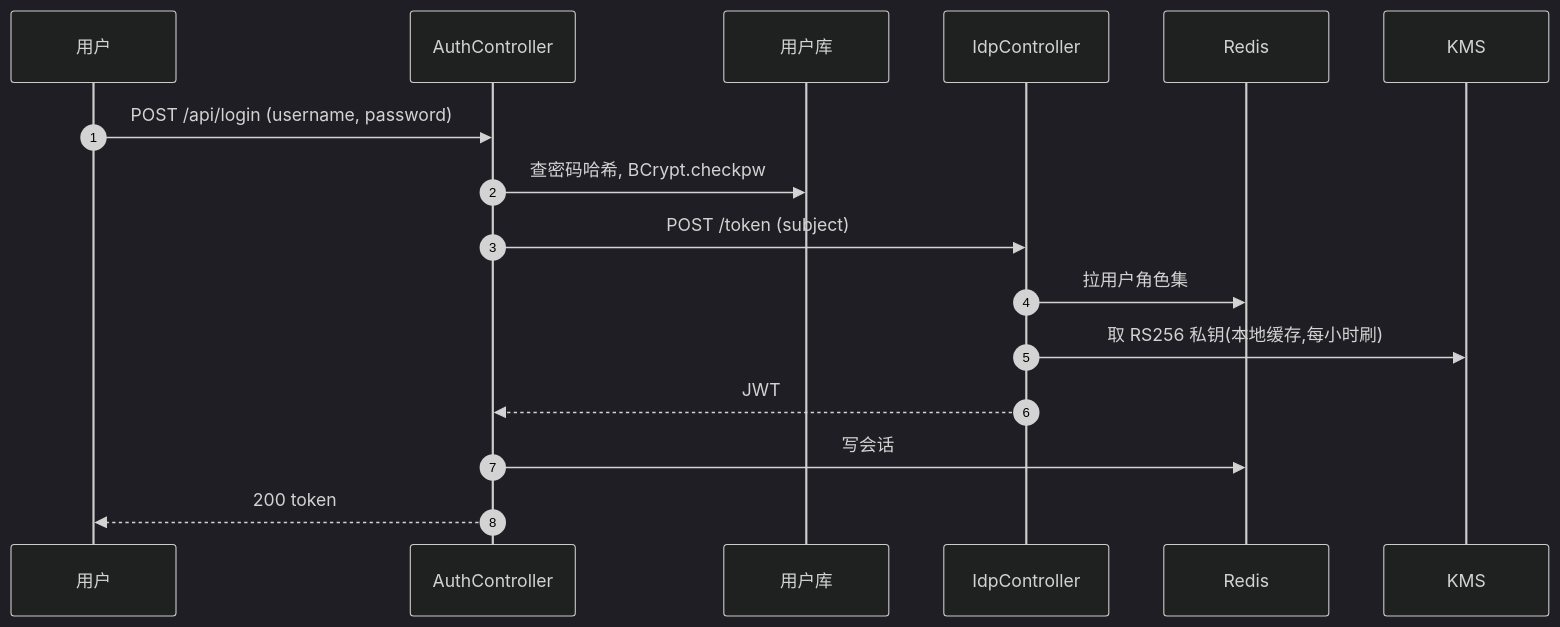
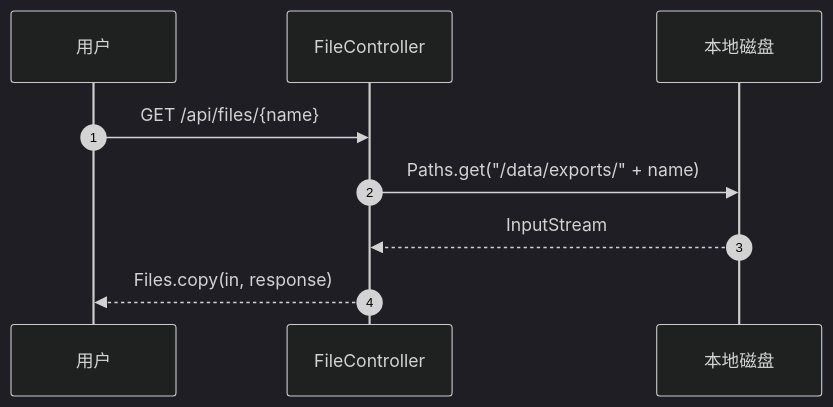
Before and after one commit to gcf0082/biz-flow-recon: the diagram in templates/default.md, drawn with Mermaid (dark theme). The commit also changed other lines of this file, not shown here.

First line of the commit message:
Replace login showcase with simpler path-concat example

````diff
--- a/templates/default.md
+++ b/templates/default.md
@@ -21,19 +21,12 @@
 ```mermaid
 sequenceDiagram
     autonumber
     participant U as 用户
-    participant A as AuthController
-    participant DB as 用户库
-    participant IDP as IdpController
-    participant R as Redis
-    participant K as KMS
+    participant C as FileController
+    participant FS as 本地磁盘
 
-    U->>A: POST /api/login (username, password)
-    A->>DB: 查密码哈希, BCrypt.checkpw
-    A->>IDP: POST /token (subject)
-    IDP->>R: 拉用户角色集
-    IDP->>K: 取 RS256 私钥(本地缓存,每小时刷)
-    IDP-->>A: JWT
-    A->>R: 写会话
-    A-->>U: 200 token
+    U->>C: GET /api/files/{name}
+    C->>FS: Paths.get("/data/exports/" + name)
+    FS-->>C: InputStream
+    C-->>U: Files.copy(in, response)
 ```
````
